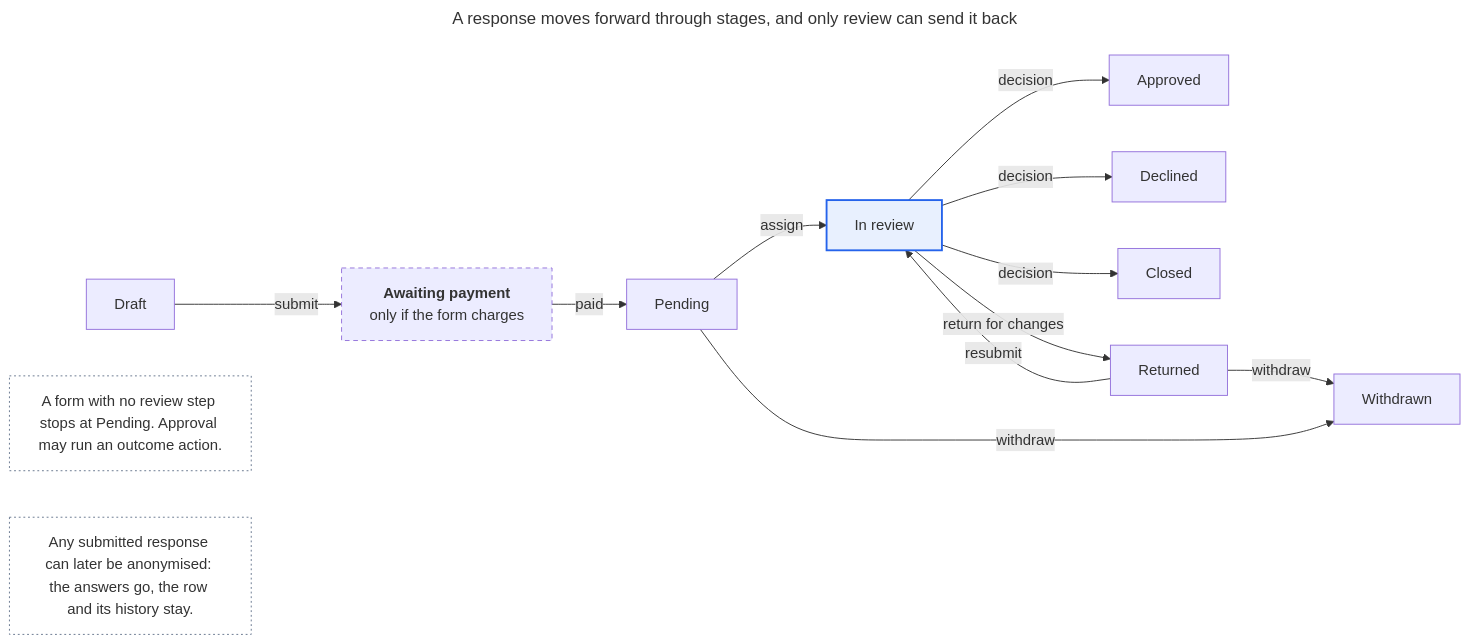
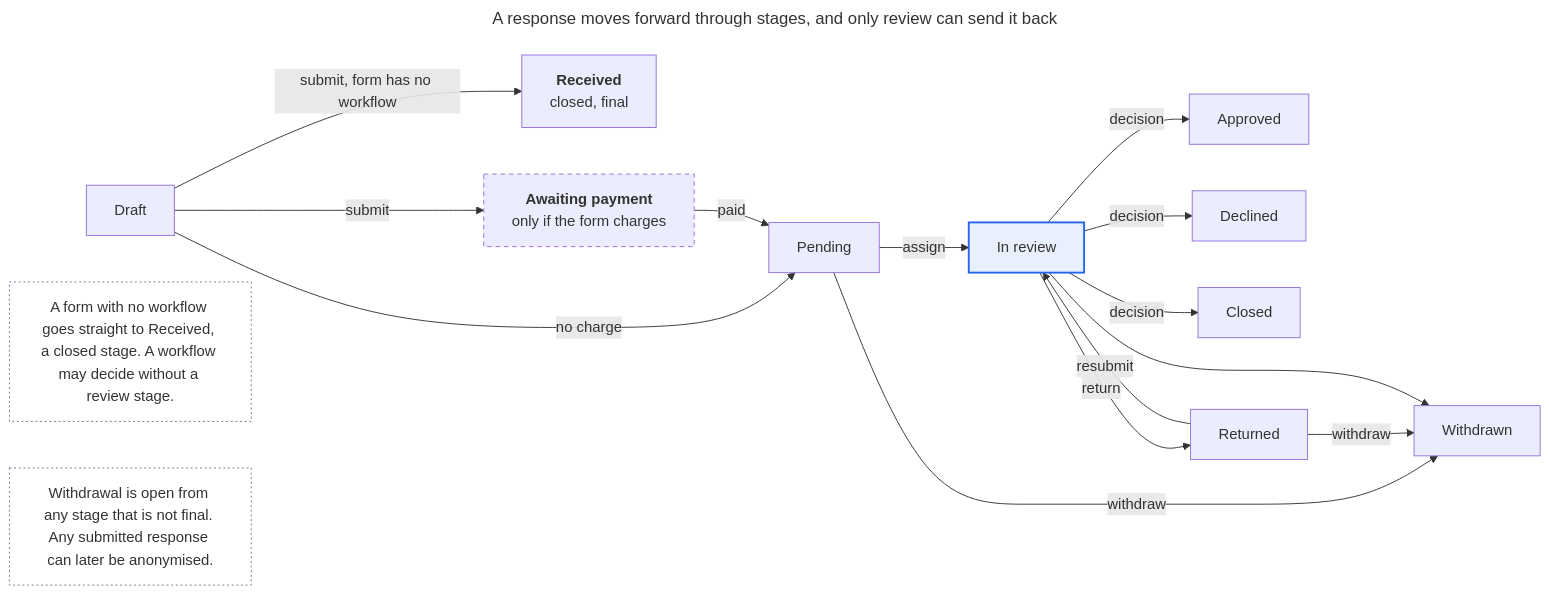
Before and after one commit to newtheatre/proscenium: the second of 2 diagrams in docs/specs/form-builder/04-states-and-rules.md, drawn with Mermaid. The commit also changed other lines of this file and 103 other files, not shown here.

````diff
--- a/docs/specs/form-builder/04-states-and-rules.md
+++ b/docs/specs/form-builder/04-states-and-rules.md
@@ -66,22 +66,25 @@
 ```mermaid
 ---
 title: A response moves forward through stages, and only review can send it back
 ---
 flowchart LR
-  draft["Draft"] -->|submit| pay["<b>Awaiting payment</b><br/>only if the form charges"]
-  pay -->|paid| pending["Pending"]
+  draft["Draft"] -->|"submit, form has no workflow"| received["<b>Received</b><br/>closed, final"]
+  draft -->|submit| pay["<b>Awaiting payment</b><br/>only if the form charges"]
+  draft -->|no charge| pending["Pending"]
+  pay -->|paid| pending
   pending -->|assign| review["In review"]
   review -->|decision| approved["Approved"]
   review -->|decision| declined["Declined"]
   review -->|decision| closed["Closed"]
-  review -->|return for changes| returned["Returned"]
+  review -->|return| returned["Returned"]
   returned -->|resubmit| review
   pending -->|withdraw| withdrawn["Withdrawn"]
   returned -->|withdraw| withdrawn
-  note1["A form with no review step stops at Pending. Approval may run an outcome action."]
-  note2["Any submitted response can later be anonymised: the answers go, the row and its history stay."]
+  review --> withdrawn
+  note1["A form with no workflow goes straight to Received, a closed stage. A workflow may decide without a review stage."]
+  note2["Withdrawal is open from any stage that is not final. Any submitted response can later be anonymised."]
   style pay stroke-dasharray: 5 4
   style review fill:#e8f0fe,stroke:#2563eb,stroke-width:2px
   style note1 fill:#fff,stroke:#64748b,stroke-dasharray: 2 3
   style note2 fill:#fff,stroke:#64748b,stroke-dasharray: 2 3
 ```
````
